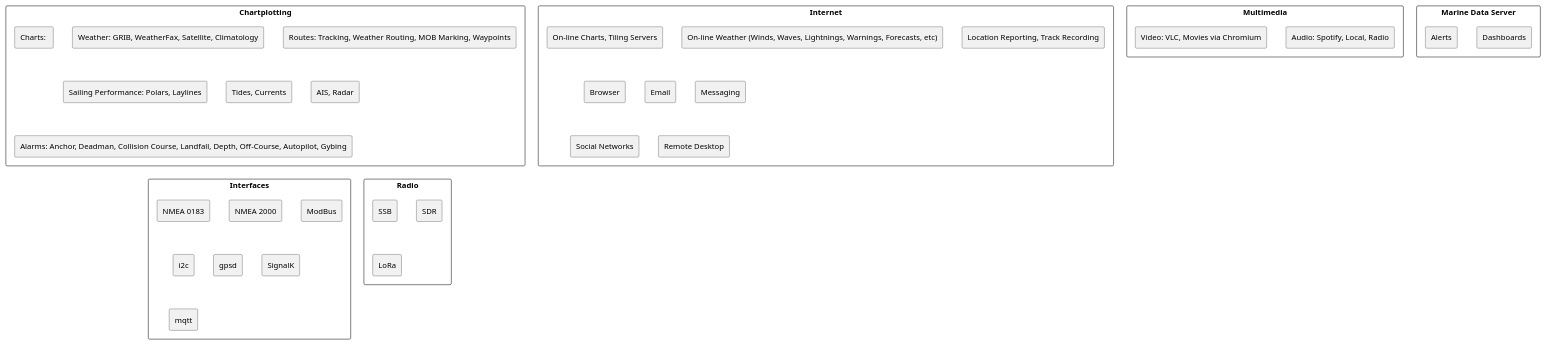
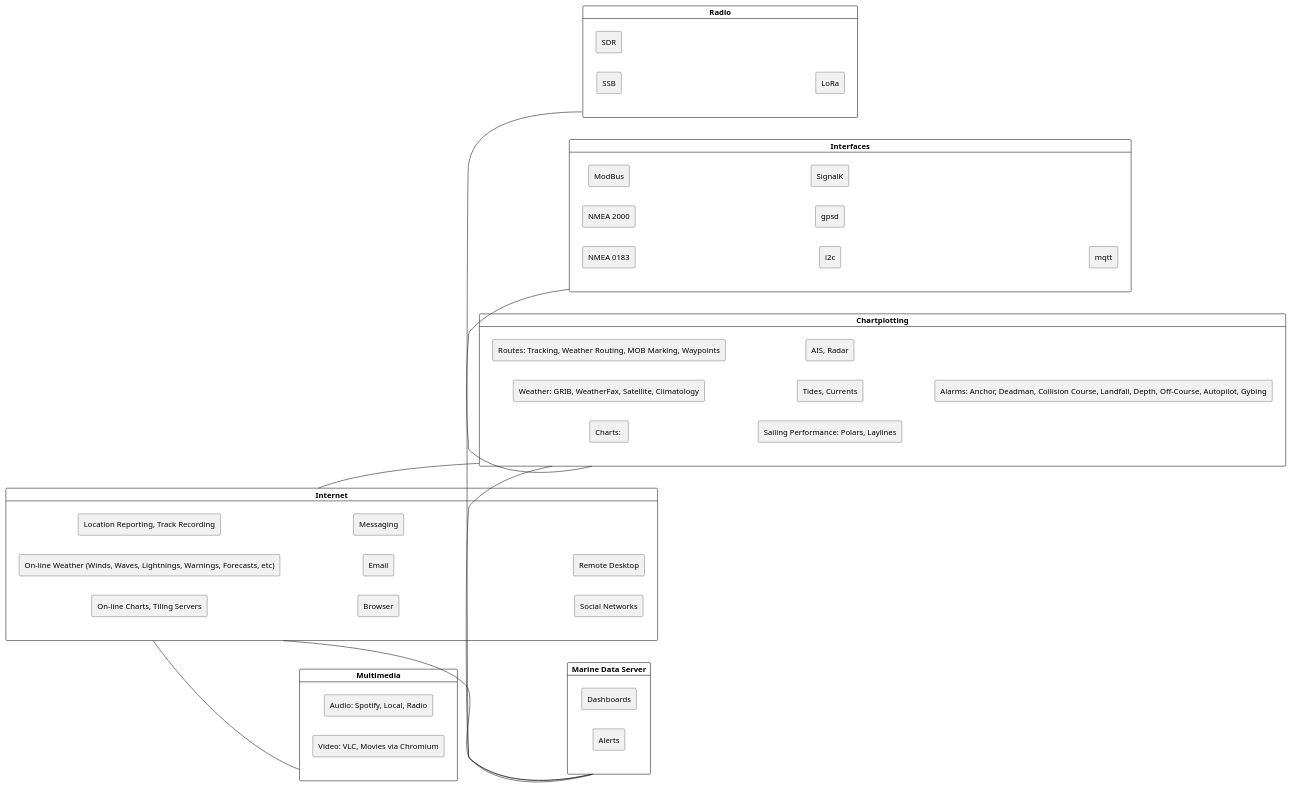
The diagram in docs/plantuml/bbn-os-software-capabilities.puml (bareboat-necessities/my-bareboat), drawn with PlantUML before and after one commit. The commit also changed 1 other file, not shown here.

```diff
--- a/docs/plantuml/bbn-os-software-capabilities.puml
+++ b/docs/plantuml/bbn-os-software-capabilities.puml
@@ -1,52 +1,66 @@
 @startuml
+
 skinparam BackgroundColor transparent
 skinparam componentStyle rectangle
+skinparam defaultTextAlignment center
 
-component "Chartplotting" {
+left to right direction
+
+card "Chartplotting" {
   component "Charts: "
   component "Weather: GRIB, WeatherFax, Satellite, Climatology"
   component "Routes: Tracking, Weather Routing, MOB Marking, Waypoints"
   component "Sailing Performance: Polars, Laylines"
   component "Tides, Currents"
   component "AIS, Radar"
   component "Alarms: Anchor, Deadman, Collision Course, Landfall, Depth, Off-Course, Autopilot, Gybing"
 }
 
-component "Internet" {
+card "Internet" {
   component "On-line Charts, Tiling Servers"
   component "On-line Weather (Winds, Waves, Lightnings, Warnings, Forecasts, etc)"
   component "Location Reporting, Track Recording"
   component "Browser"
   component "Email"
   component "Messaging"
   component "Social Networks"
   component "Remote Desktop"
 }
 
-component "Multimedia" {
+card "Multimedia" {
   component "Audio: Spotify, Local, Radio"
   component "Video: VLC, Movies via Chromium"
 }
 
-component "Marine Data Server" {
+card "Marine Data Server" as MDS {
   component "Dashboards"
   component "Alerts"
 }
 
-component "Interfaces" {
+card "Interfaces" {
   component "NMEA 0183"
   component "NMEA 2000"
   component "ModBus"
   component "i2c"
   component "gpsd"
   component "SignalK"
   component "mqtt"
 }
 
-component "Radio" {
+card "Radio" {
   component "SSB"
   component "SDR"
   component "LoRa"
 }
 
+Chartplotting -l-- Interfaces
+Chartplotting -u-- Internet
+
+MDS -u-- Internet
+MDS -l-- Chartplotting
+MDS -l-- Radio
+
+Internet -d- Multimedia
+
+
 @enduml
```
